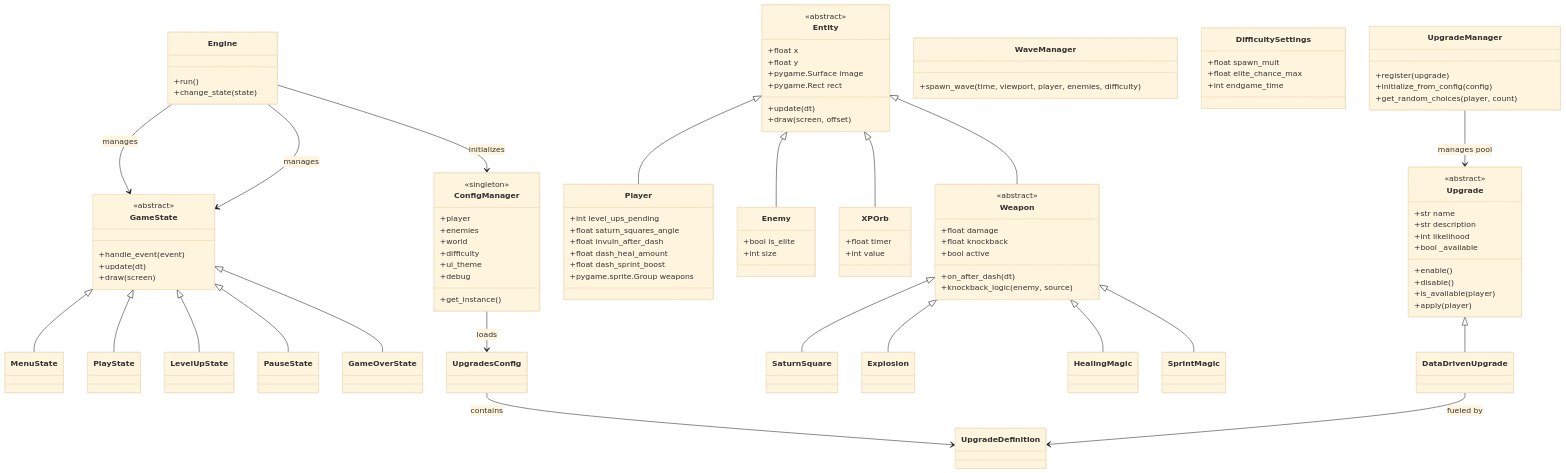
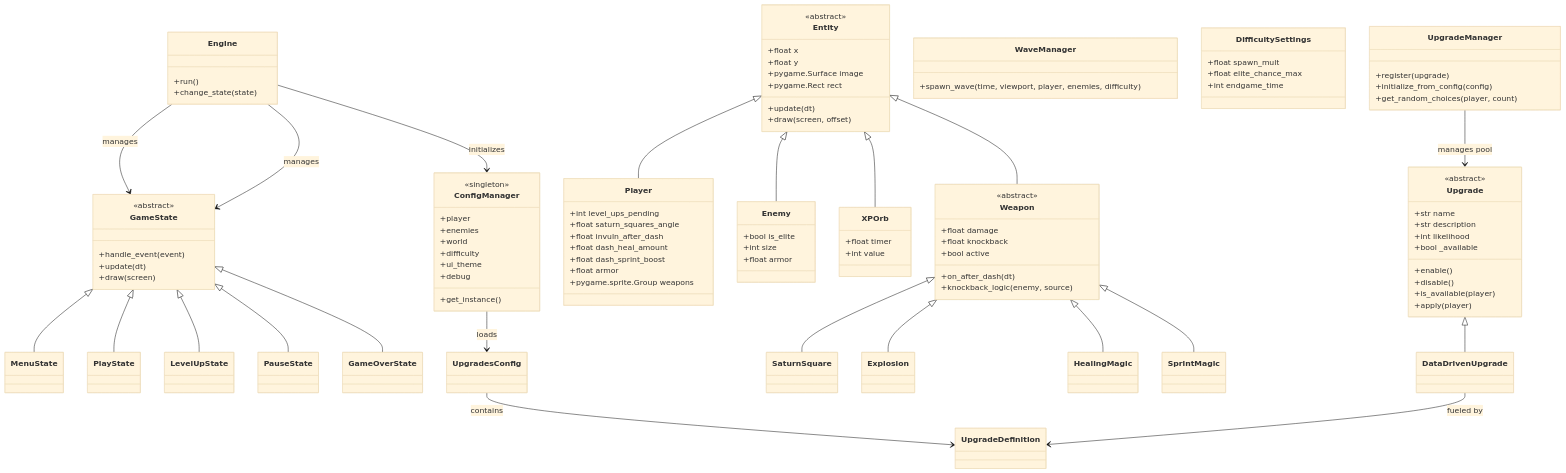
The diagram in README.md (lavariall/square-survivors), drawn with Mermaid (base theme) before and after one commit. The commit also changed other lines of this file and 10 other files, not shown here.

```diff
--- a/README.md
+++ b/README.md
@@ -60,11 +60,13 @@
         +float invuln_after_dash
         +float dash_heal_amount
         +float dash_sprint_boost
+        +float armor
         +pygame.sprite.Group weapons
     }
     class Enemy {
         +bool is_elite
         +int size
+        +float armor
     }
     class XPOrb { 
         +float timer
```
